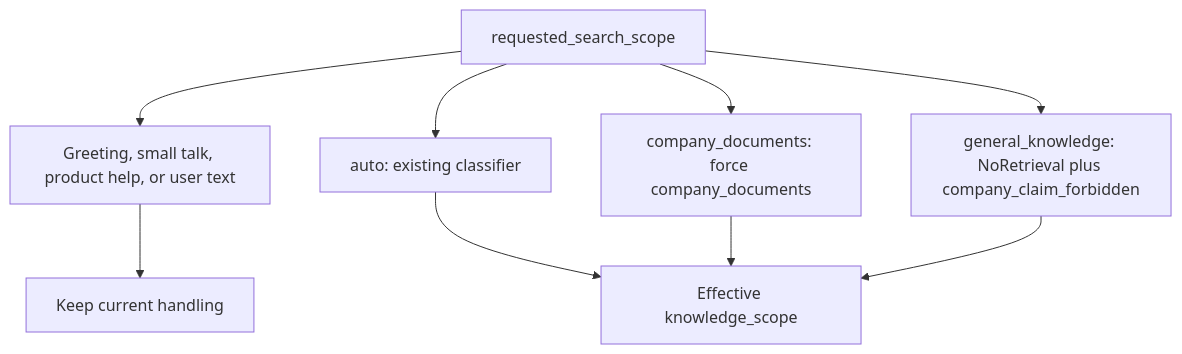
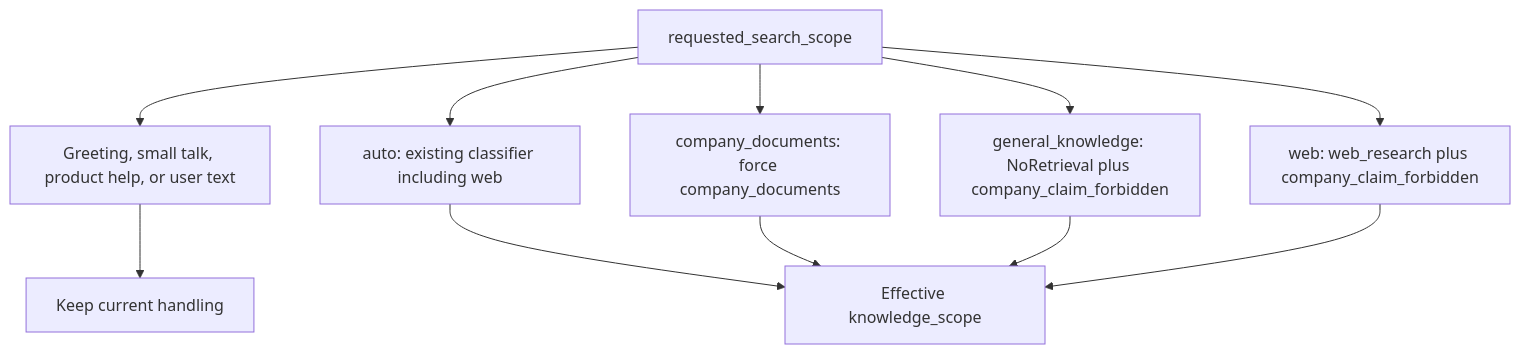
Before and after one commit to Nagdy8888/smart-rag: the first of 3 diagrams in docs/agent/QUERY_ROUTING.md, drawn with Mermaid. The commit also changed other lines of this file and 53 other files, not shown here.

````diff
--- a/docs/agent/QUERY_ROUTING.md
+++ b/docs/agent/QUERY_ROUTING.md
@@ -64,12 +68,14 @@
 ```mermaid
 flowchart TD
   requested["requested_search_scope"]
   requested --> greeting["Greeting, small talk, product help, or user text"]
-  requested --> autoNode["auto: existing classifier"]
+  requested --> autoNode["auto: existing classifier including web"]
   requested --> companyNode["company_documents: force company_documents"]
   requested --> generalNode["general_knowledge: NoRetrieval plus company_claim_forbidden"]
+  requested --> webNode["web: web_research plus company_claim_forbidden"]
   greeting --> keep["Keep current handling"]
   autoNode --> origin["Effective knowledge_scope"]
   companyNode --> origin
   generalNode --> origin
+  webNode --> origin
 ```
````
